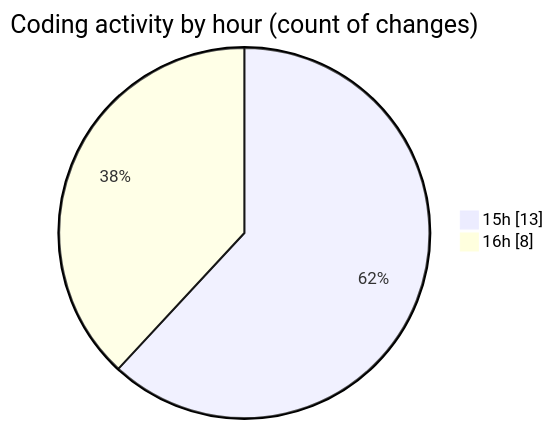
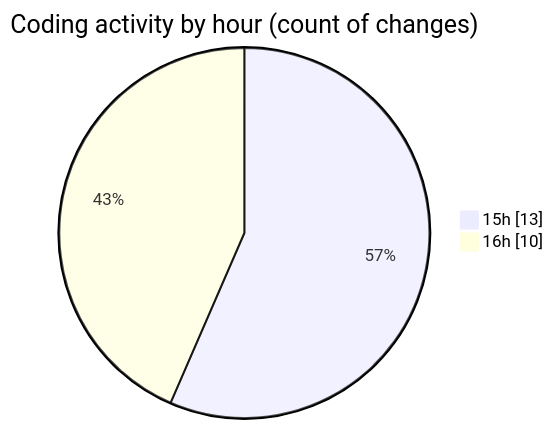
The second of 2 diagrams in 2026-03-26/cda/README.md (momahboobian/code-tracking), drawn with Mermaid before and after one commit. The commit also changed other lines of this file and 1 other file, not shown here.

````diff
--- a/2026-03-26/cda/README.md
+++ b/2026-03-26/cda/README.md
@@ -31,6 +31,6 @@
 ```mermaid
 pie showData
 title Coding activity by hour (count of changes)
 "15h" : 13
-"16h" : 8
+"16h" : 10
 ```
````
